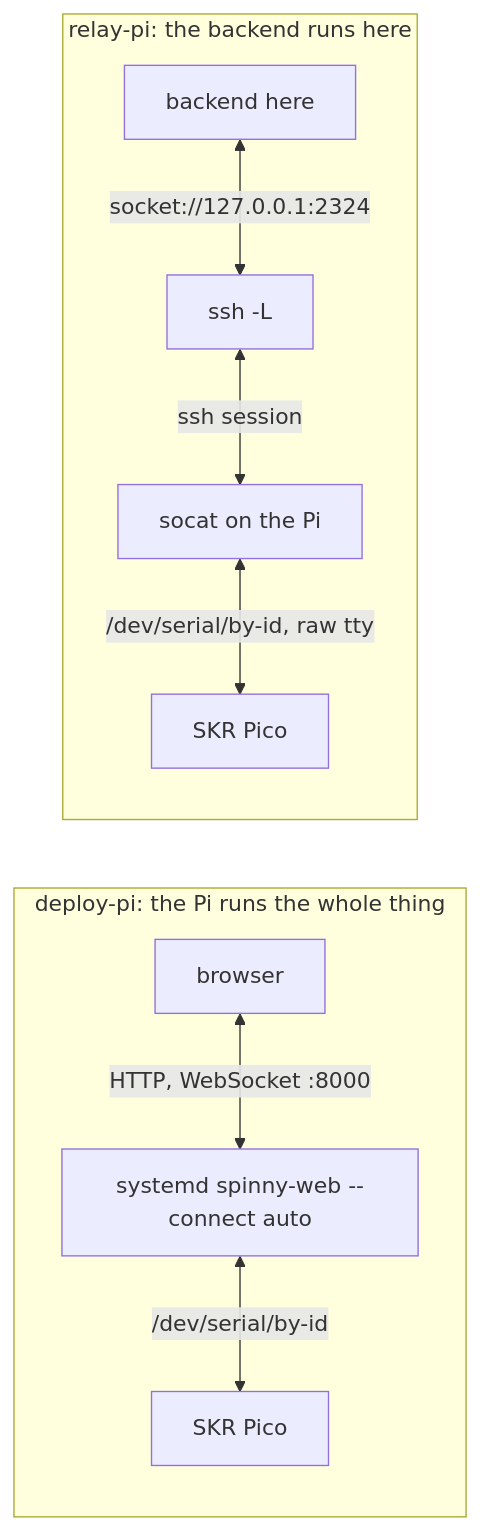
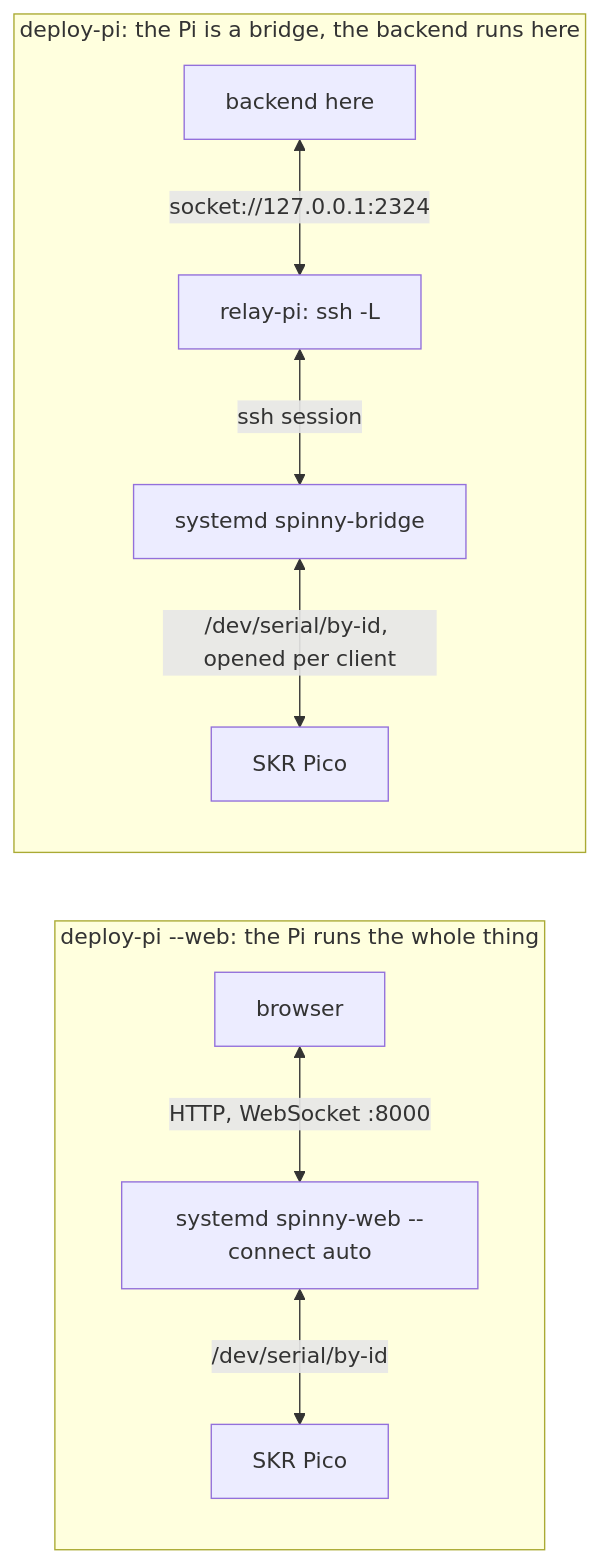
One commit to tmpk13/spinny-cnc changed the second of 2 diagrams in docs/ARCHITECTURE.md. Above: the diagram before and after it, drawn with Mermaid. The commit also changed other lines of this file and 18 other files, not shown here.

````diff
--- a/docs/ARCHITECTURE.md
+++ b/docs/ARCHITECTURE.md
@@ -85,12 +95,12 @@
 ```mermaid
 flowchart LR
-    subgraph DEPLOYED[deploy-pi: the Pi runs the whole thing]
+    subgraph DEPLOYED[deploy-pi --web: the Pi runs the whole thing]
         BR[browser] <-->|HTTP, WebSocket :8000| BE1
         BE1[systemd spinny-web --connect auto] <-->|/dev/serial/by-id| BOARD1[SKR Pico]
     end
-    subgraph RELAYED[relay-pi: the backend runs here]
-        BE2[backend here] <-->|socket://127.0.0.1:2324| SSH[ssh -L]
-        SSH <-->|ssh session| SOC[socat on the Pi]
-        SOC <-->|/dev/serial/by-id, raw tty| BOARD2[SKR Pico]
+    subgraph BRIDGED[deploy-pi: the Pi is a bridge, the backend runs here]
+        BE2[backend here] <-->|socket://127.0.0.1:2324| SSH[relay-pi: ssh -L]
+        SSH <-->|ssh session| BRG[systemd spinny-bridge]
+        BRG <-->|/dev/serial/by-id, opened per client| BOARD2[SKR Pico]
     end
 ```
````
